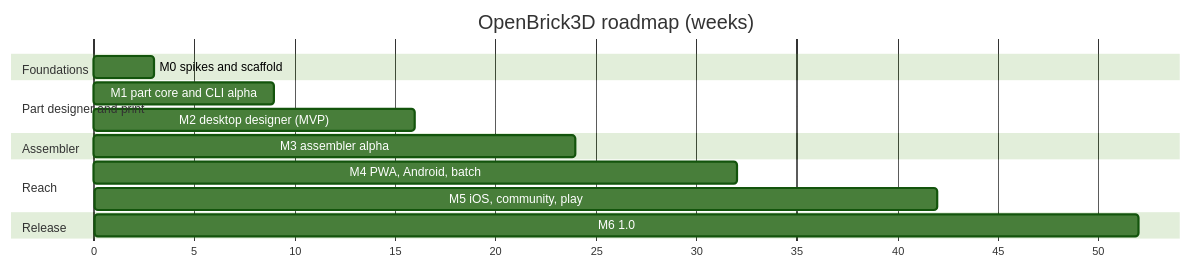
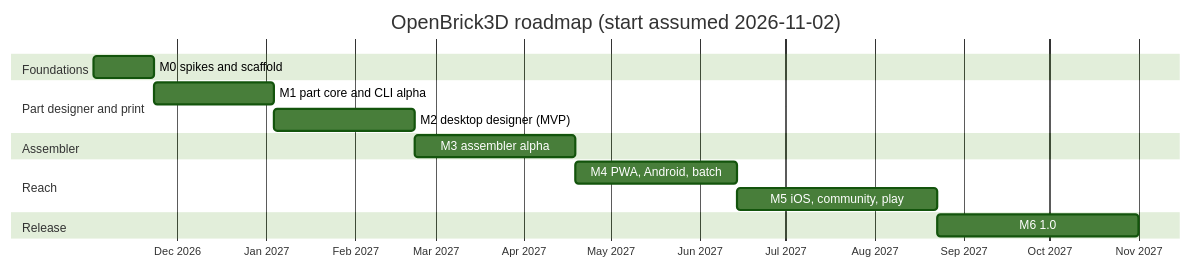
One commit to NeuralDEEPnet/openBrick changed the diagram in docs/plan/11-roadmap.md. Above: the diagram before and after it, drawn with Mermaid (forest theme). The commit also changed 16 other files, not shown here.

````diff
--- a/docs/plan/11-roadmap.md
+++ b/docs/plan/11-roadmap.md
@@ -27,18 +27,18 @@
 ```mermaid
 gantt
-  title OpenBrick3D roadmap (weeks)
-  dateFormat X
-  axisFormat %s
+  title OpenBrick3D roadmap (start assumed 2026-11-02)
+  dateFormat YYYY-MM-DD
+  axisFormat %b %Y
   section Foundations
-  M0 spikes and scaffold        :m0, 0, 3
+  M0 spikes and scaffold        :m0, 2026-11-02, 3w
   section Part designer and print
-  M1 part core and CLI alpha    :m1, 3, 9
-  M2 desktop designer (MVP)     :m2, 9, 16
+  M1 part core and CLI alpha    :m1, after m0, 6w
+  M2 desktop designer (MVP)     :m2, after m1, 7w
   section Assembler
-  M3 assembler alpha            :m3, 16, 24
+  M3 assembler alpha            :m3, after m2, 8w
   section Reach
-  M4 PWA, Android, batch        :m4, 24, 32
-  M5 iOS, community, play       :m5, 32, 42
+  M4 PWA, Android, batch        :m4, after m3, 8w
+  M5 iOS, community, play       :m5, after m4, 10w
   section Release
-  M6 1.0                        :m6, 42, 52
+  M6 1.0                        :m6, after m5, 10w
 ```
````
